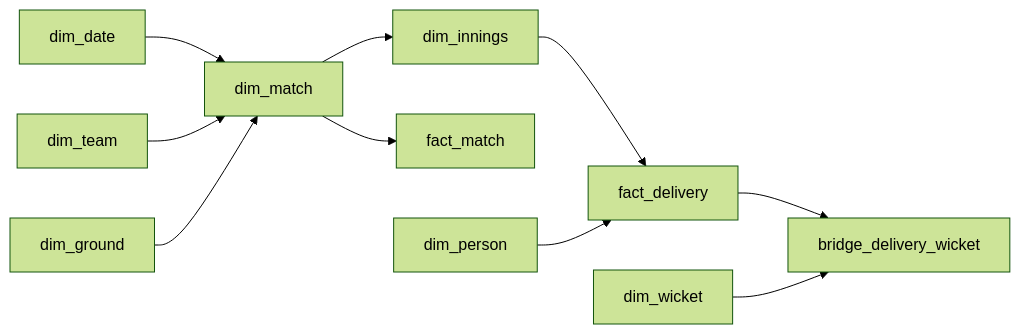
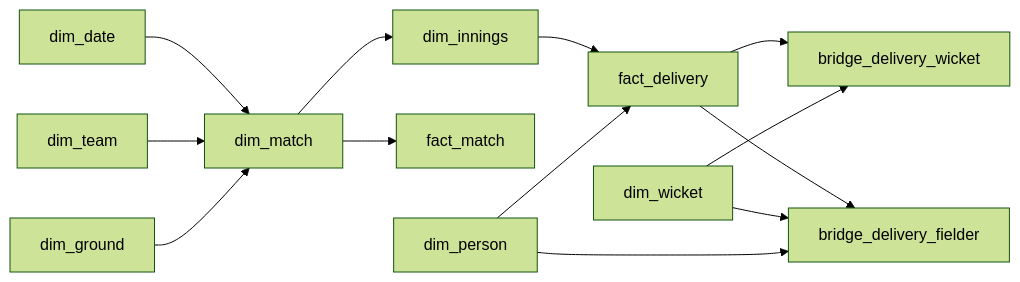
One commit to kevinrjones/acs_ball_by_ball changed the second of 3 diagrams in docs/architecture/database.md. Above: the diagram before and after it, drawn with Mermaid (forest theme). The commit also changed other lines of this file and 57 other files, not shown here.

````diff
--- a/docs/architecture/database.md
+++ b/docs/architecture/database.md
@@ -384,12 +408,15 @@
 ```mermaid
 flowchart LR
     DATE[dim_date] --> MATCH[dim_match]
     TEAM[dim_team] --> MATCH
     GROUND[dim_ground] --> MATCH
     MATCH --> INNINGS[dim_innings]
     MATCH --> MF[fact_match]
     INNINGS --> DELIVERY[fact_delivery]
     PERSON[dim_person] --> DELIVERY
     DELIVERY --> WICKETBRIDGE[bridge_delivery_wicket]
     WICKET[dim_wicket] --> WICKETBRIDGE
+    DELIVERY --> FIELDERBRIDGE[bridge_delivery_fielder]
+    WICKET --> FIELDERBRIDGE
+    PERSON[dim_person] --> FIELDERBRIDGE
 ```
````
